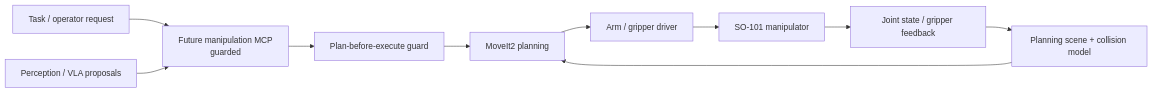
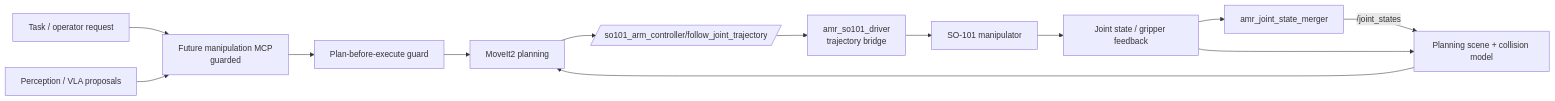
Before and after one commit to KartikMehta-1/AMR-development: the diagram in docs/architecture/60_manipulator_moveit.md, drawn with Mermaid. The commit also changed other lines of this file and 44 other files, not shown here.

````diff
--- a/docs/architecture/60_manipulator_moveit.md
+++ b/docs/architecture/60_manipulator_moveit.md
@@ -43,22 +77,27 @@
 ```mermaid
 flowchart LR
   TASK[Task / operator request]
   MCP[Future manipulation MCP\nguarded]
   PERCEPTION[Perception / VLA proposals]
   GUARD[Plan-before-execute guard]
   MOVEIT[MoveIt2 planning]
   SCENE[Planning scene + collision model]
-  DRIVER[Arm / gripper driver]
+  ACTION[/so101_arm_controller/follow_joint_trajectory/]
+  DRIVER[amr_so101_driver\ntrajectory bridge]
+  MERGER[amr_joint_state_merger]
   ARM[SO-101 manipulator]
   FEEDBACK[Joint state / gripper feedback]
 
   TASK --> MCP
   PERCEPTION --> MCP
   MCP --> GUARD
   GUARD --> MOVEIT
   SCENE --> MOVEIT
-  MOVEIT --> DRIVER
+  MOVEIT --> ACTION
+  ACTION --> DRIVER
   DRIVER --> ARM
   ARM --> FEEDBACK
+  FEEDBACK --> MERGER
+  MERGER -->|/joint_states| SCENE
   FEEDBACK --> SCENE
 ```
````
